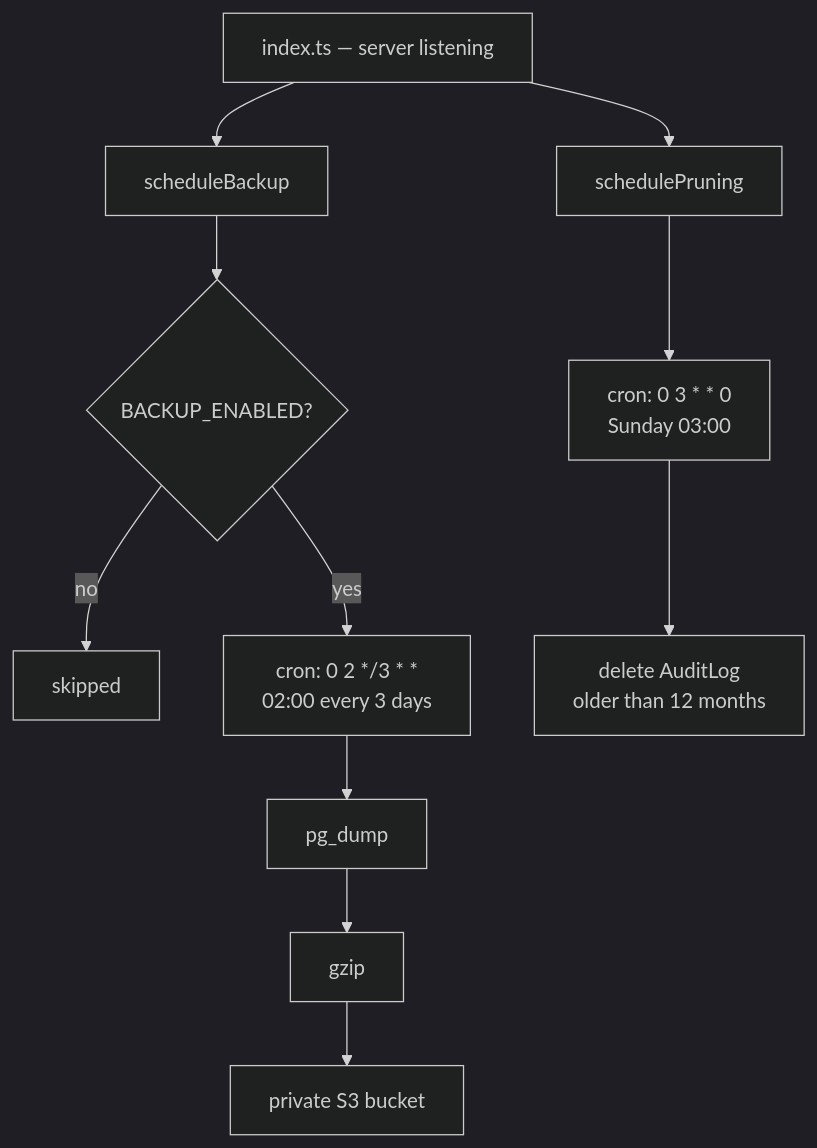
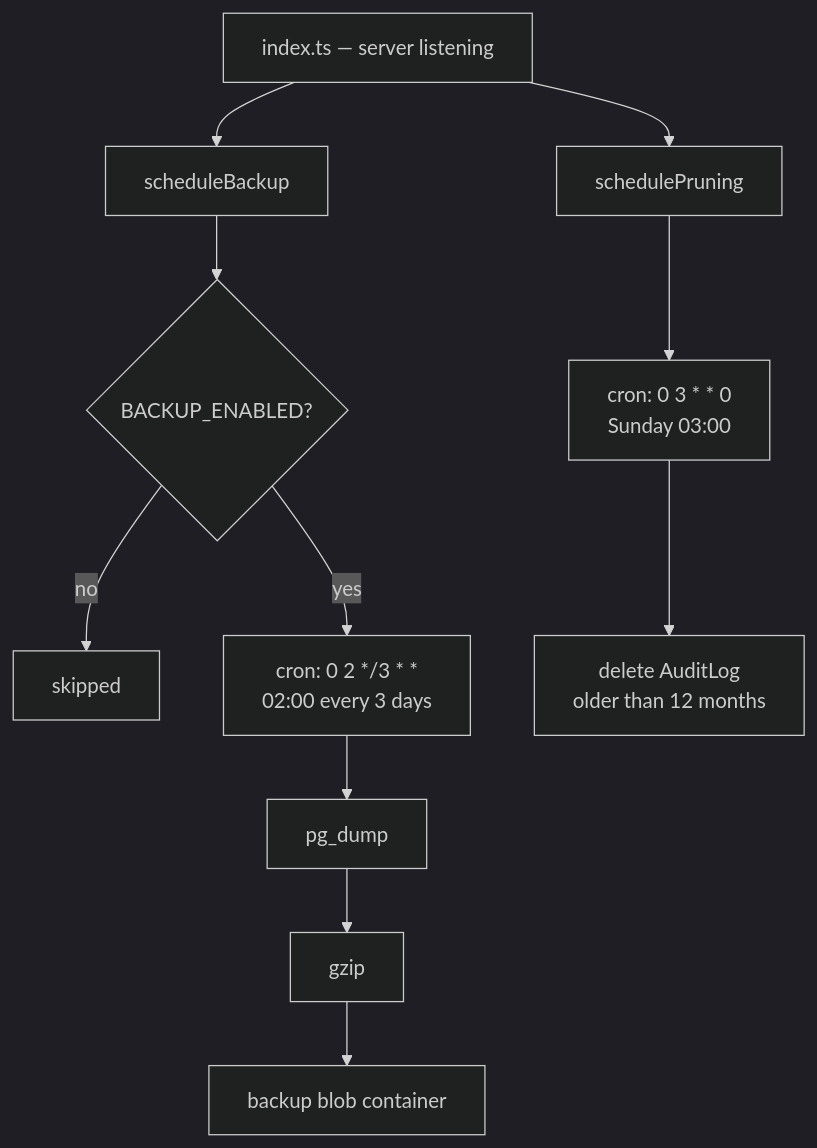
Diagram 17 of 17 in ARCHITECTURE.md (mahavi-official/NikunjaWebBackend), drawn with Mermaid (dark theme) before and after one commit. The commit also changed other lines of this file and 23 other files, not shown here.

````diff
--- a/ARCHITECTURE.md
+++ b/ARCHITECTURE.md
@@ -777,13 +777,13 @@
 ```mermaid
 graph TD
     BOOT[index.ts — server listening] --> B[scheduleBackup]
     BOOT --> P[schedulePruning]
 
     B --> BC{BACKUP_ENABLED?}
     BC -->|no| SKIP[skipped]
     BC -->|yes| BCRON["cron: 0 2 */3 * *<br/>02:00 every 3 days"]
-    BCRON --> DUMP[pg_dump] --> GZ[gzip] --> S3[private S3 bucket]
+    BCRON --> DUMP[pg_dump] --> GZ[gzip] --> BLOB[backup blob container]
 
     P --> PCRON["cron: 0 3 * * 0<br/>Sunday 03:00"]
     PCRON --> DEL[delete AuditLog<br/>older than 12 months]
 ```
````
